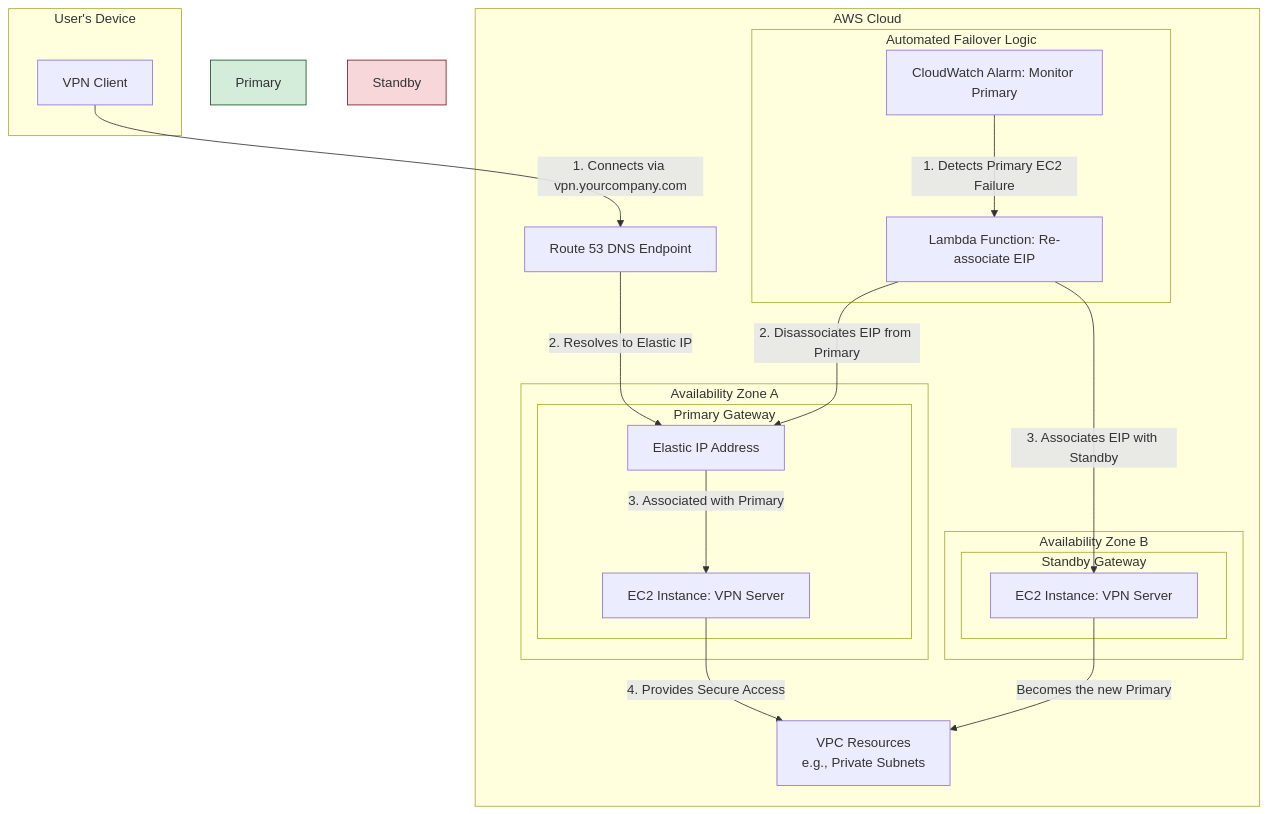
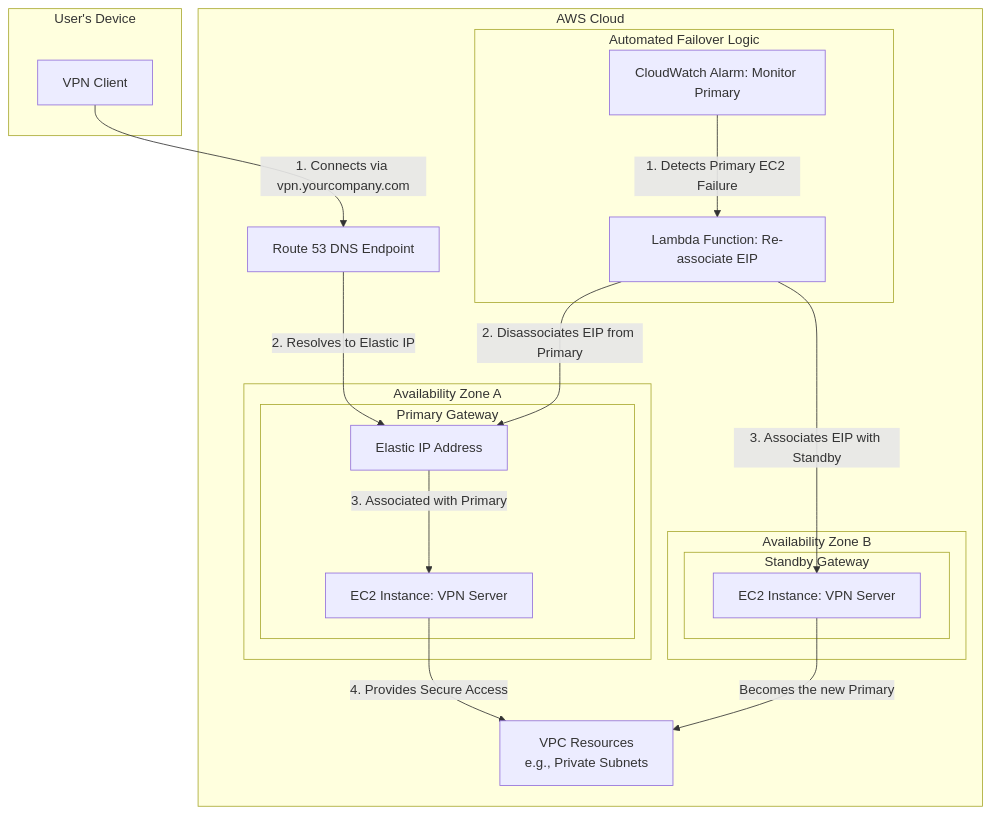
Before and after one commit to VDarius-IT/Web_App_Security_Testing_and_Hardening: the diagram in README.md, drawn with Mermaid.

````diff
--- a/README.md
+++ b/README.md
@@ -60,46 +60,44 @@
 ```mermaid
 graph TD
     subgraph "User's Device"
         U[VPN Client]
     end
 
     subgraph "AWS Cloud"
         R53[Route 53 DNS Endpoint]
 
         subgraph "Availability Zone A"
             subgraph "Primary Gateway"
-                style Primary fill:#d4edda,stroke:#155724
                 P_EC2[EC2 Instance: VPN Server]
                 EIP[Elastic IP Address]
             end
         end
 
         subgraph "Availability Zone B"
             subgraph "Standby Gateway"
-                 style Standby fill:#f8d7da,stroke:#721c24
                  S_EC2[EC2 Instance: VPN Server]
             end
         end
 
         subgraph "Automated Failover Logic"
             CW[CloudWatch Alarm: Monitor Primary]
             L[Lambda Function: Re-associate EIP]
         end
 
         VPC[VPC Resources <br/> e.g., Private Subnets]
     end
 
     %% --- Connections and Flows ---
 
     %% Steady State Flow
     U -- "1. Connects via vpn.yourcompany.com" --> R53
     R53 -- "2. Resolves to Elastic IP" --> EIP
     EIP -- "3. Associated with Primary" --> P_EC2
     P_EC2 -- "4. Provides Secure Access" --> VPC
 
     %% Failover Process
     CW -- "1. Detects Primary EC2 Failure" --> L
     L -- "2. Disassociates EIP from Primary" --> EIP
     L -- "3. Associates EIP with Standby" --> S_EC2
     S_EC2 -- "Becomes the new Primary"--> VPC
 ```
````
